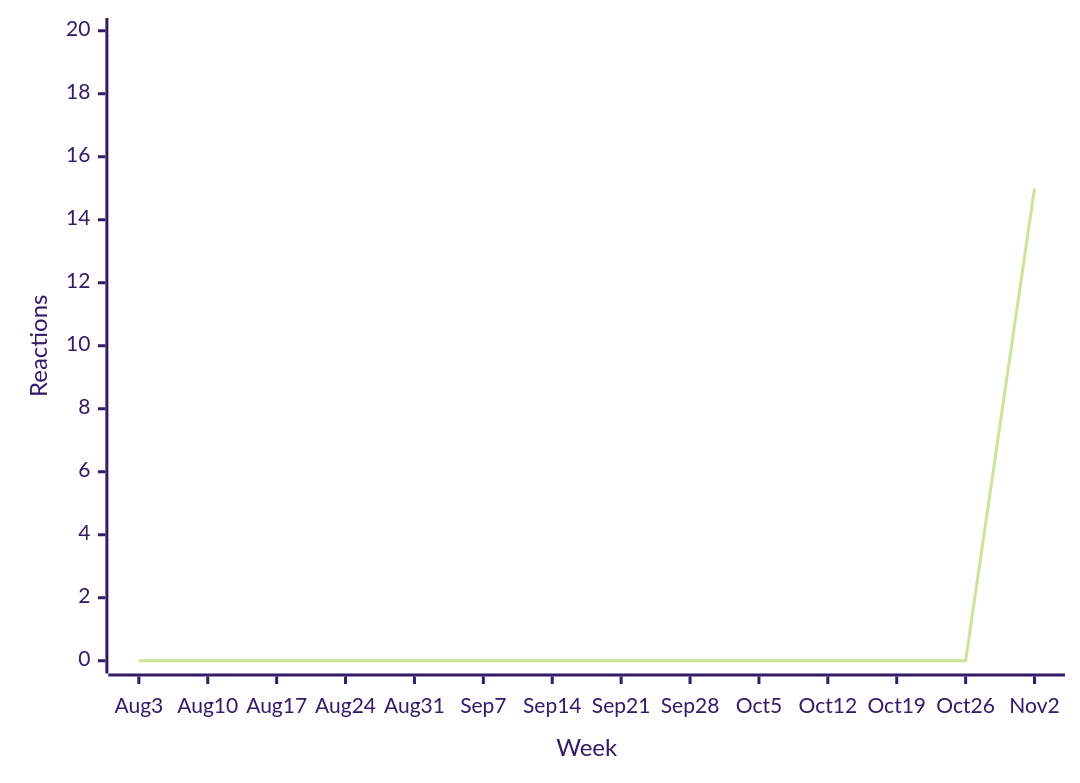
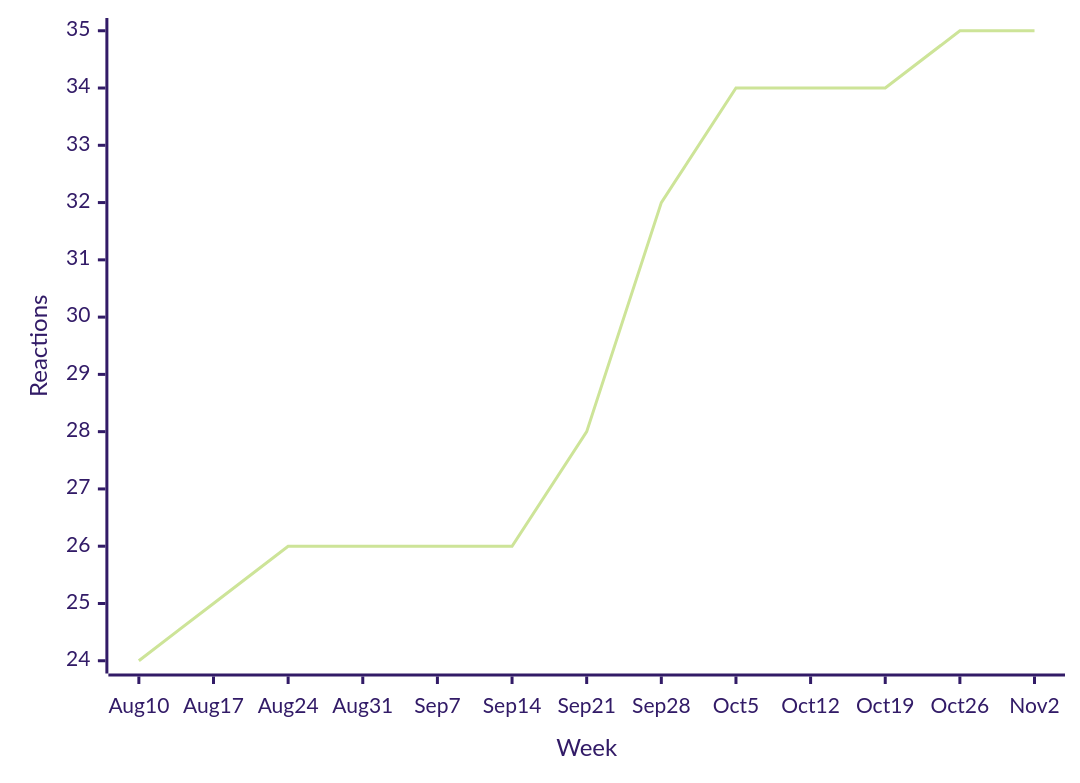
Before and after one commit to loic-sharma/github-insights: diagram 11 of 40 in README.md, drawn with Mermaid (forest theme). The commit also changed other lines of this file and 3 other files, not shown here.

````diff
--- a/README.md
+++ b/README.md
@@ -494,6 +494,6 @@
   ```mermaid
   xychart-beta
-    x-axis "Week" [Aug 3, Aug 10, Aug 17, Aug 24, Aug 31, Sep 7, Sep 14, Sep 21, Sep 28, Oct 5, Oct 12, Oct 19, Oct 26, Nov 2]
-    y-axis "Reactions" 0 --> 20
-    line [0, 0, 0, 0, 0, 0, 0, 0, 0, 0, 0, 0, 0, 15]
+    x-axis "Week" [Aug 10, Aug 17, Aug 24, Aug 31, Sep 7, Sep 14, Sep 21, Sep 28, Oct 5, Oct 12, Oct 19, Oct 26, Nov 2]
+    y-axis "Reactions"
+    line [24, 25, 26, 26, 26, 26, 28, 32, 34, 34, 34, 35, 35]
   ```
````
